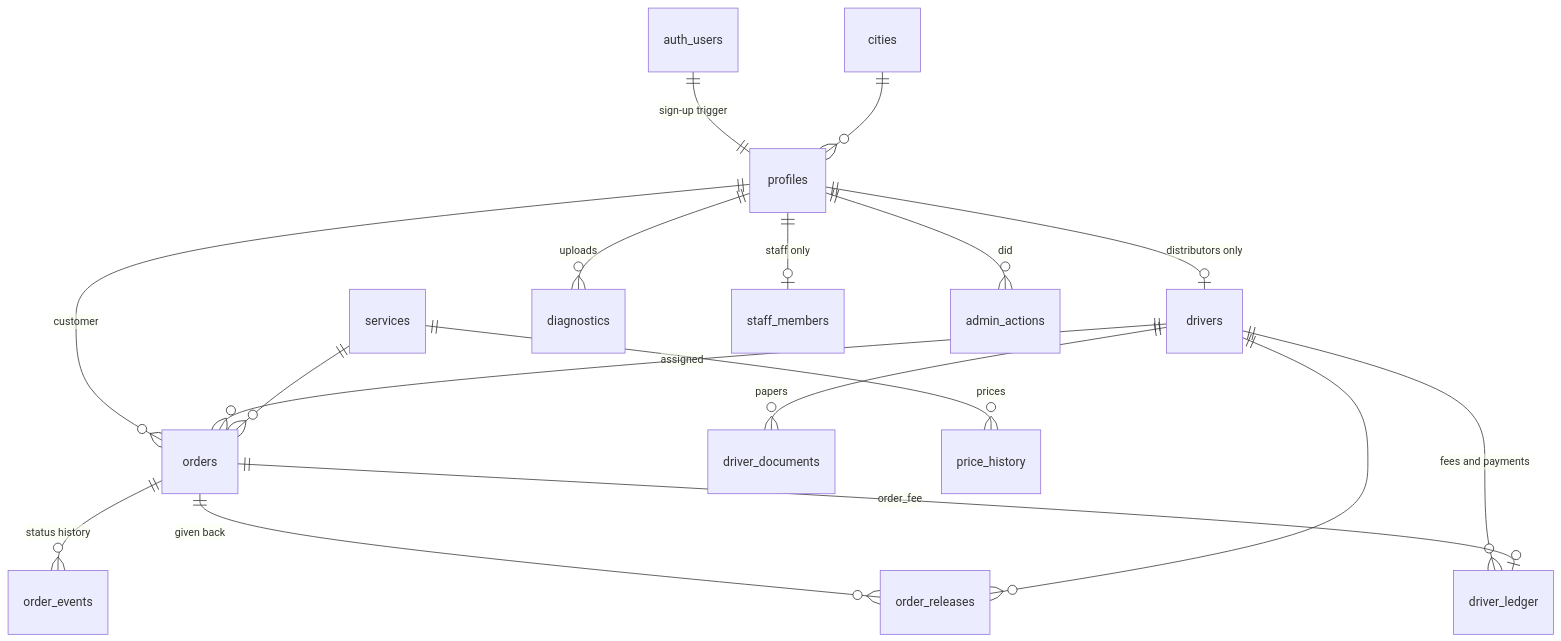
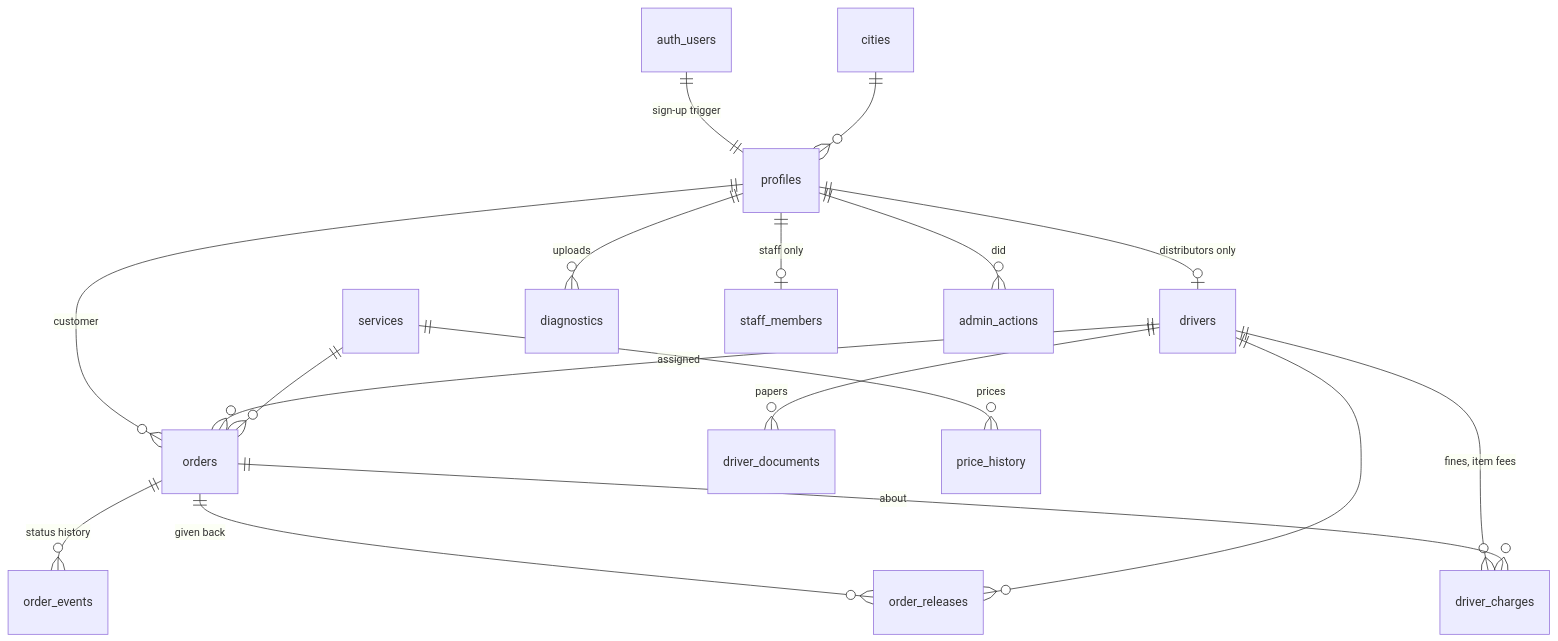
The diagram in docs/data-model.md (omar90900/ClickGas), drawn with Mermaid before and after one commit. The commit also changed other lines of this file and 60 other files, not shown here.

First line of the commit message:
feat: fees are revenue only, charges replace the ledger; fix 1-hour session expiry

````diff
--- a/docs/data-model.md
+++ b/docs/data-model.md
@@ -7,19 +7,19 @@
 ```mermaid
 erDiagram
   auth_users ||--|| profiles : "sign-up trigger"
   profiles ||--o| drivers : "distributors only"
   cities ||--o{ profiles : ""
   profiles ||--o{ orders : "customer"
   drivers ||--o{ orders : "assigned"
   services ||--o{ orders : ""
   orders ||--o{ order_events : "status history"
   orders ||--o{ order_releases : "given back"
   drivers ||--o{ order_releases : ""
-  drivers ||--o{ driver_ledger : "fees and payments"
-  orders ||--o| driver_ledger : "order_fee"
+  drivers ||--o{ driver_charges : "fines, item fees"
+  orders ||--o{ driver_charges : "about"
   profiles ||--o{ diagnostics : "uploads"
   profiles ||--o| staff_members : "staff only"
   profiles ||--o{ admin_actions : "did"
   drivers ||--o{ driver_documents : "papers"
   services ||--o{ price_history : "prices"
 ```
````
